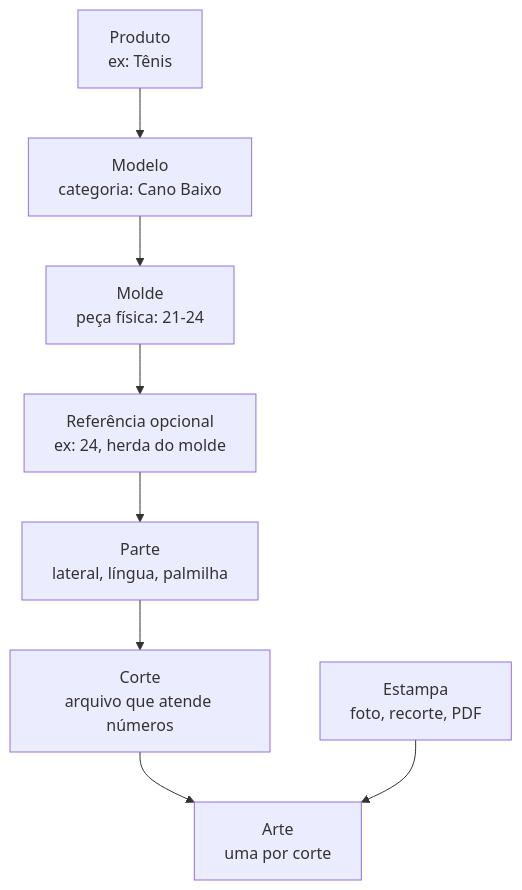
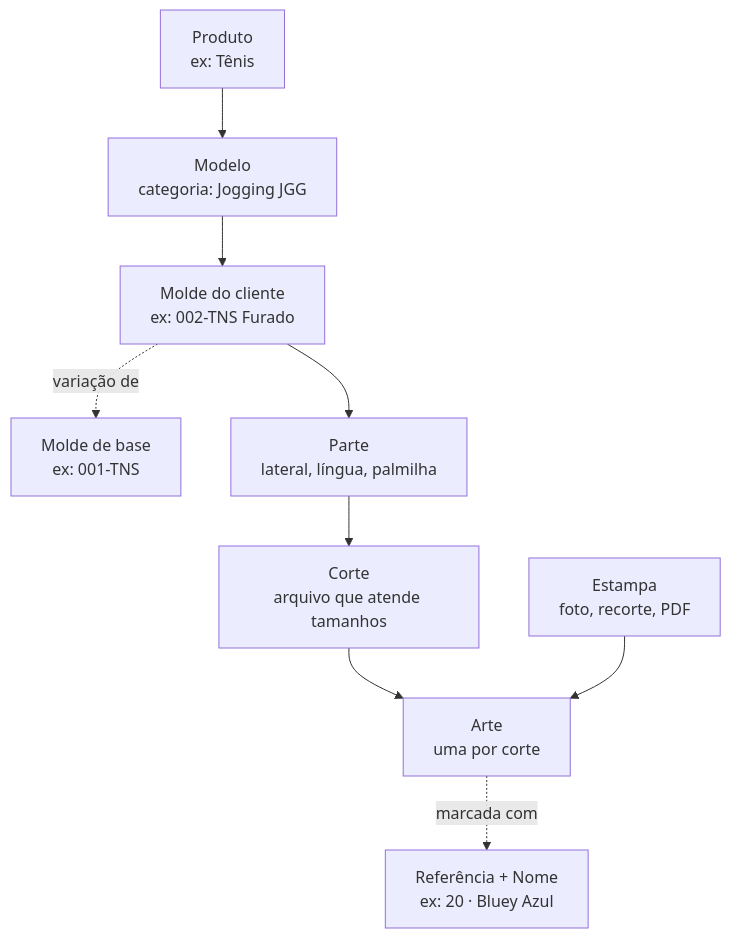
One commit to dioneyagni/neajud changed the first of 2 diagrams in docs/plano.md. Above: the diagram before and after it, drawn with Mermaid. The commit also changed other lines of this file and 2 other files, not shown here.

````diff
--- a/docs/plano.md
+++ b/docs/plano.md
@@ -25,10 +25,11 @@
 ```mermaid
 flowchart TD
-    P[Produto<br/>ex: Tênis] --> M[Modelo<br/>categoria: Cano Baixo]
-    M --> MO[Molde<br/>peça física: 21-24]
-    MO --> R[Referência opcional<br/>ex: 24, herda do molde]
-    R --> PA[Parte<br/>lateral, língua, palmilha]
-    PA --> C[Corte<br/>arquivo que atende números]
+    P[Produto<br/>ex: Tênis] --> M[Modelo<br/>categoria: Jogging JGG]
+    M --> MO[Molde do cliente<br/>ex: 002-TNS Furado]
+    MO -. variação de .-> MO0[Molde de base<br/>ex: 001-TNS]
+    MO --> PA[Parte<br/>lateral, língua, palmilha]
+    PA --> C[Corte<br/>arquivo que atende tamanhos]
     C --> A[Arte<br/>uma por corte]
+    A -. marcada com .-> R[Referência + Nome<br/>ex: 20 · Bluey Azul]
     E[Estampa<br/>foto, recorte, PDF] --> A
 ```
````
